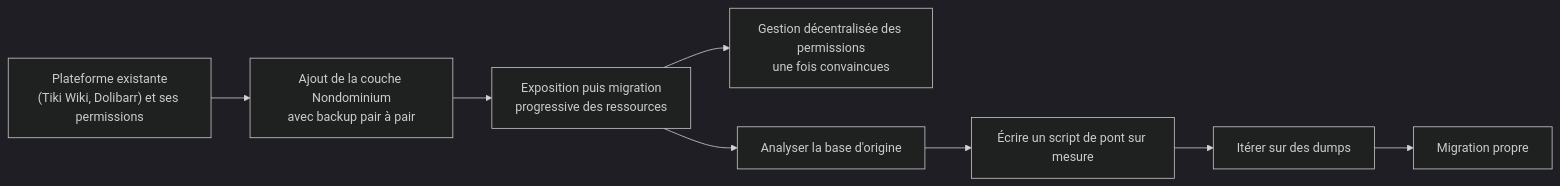
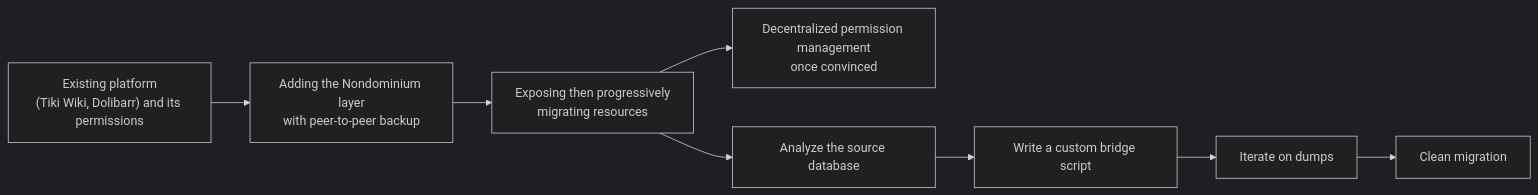
The third of 3 diagrams in content/meetings/2026-10-13-dev.md (Sensorica/nondominium-design-system), drawn with Mermaid (dark theme) before and after one commit. The commit also changed other lines of this file and 14 other files, not shown here.

````diff
--- a/content/meetings/2026-10-13-dev.md
+++ b/content/meetings/2026-10-13-dev.md
@@ -69,11 +70,11 @@
 ```mermaid
-%% caption: Migration progressive d'une organisation vers la couche Nondominium
+%% caption: Progressive migration of an organization to the Nondominium layer
 flowchart LR
-    P["Plateforme existante<br/>(Tiki Wiki, Dolibarr) et ses permissions"] --> C["Ajout de la couche Nondominium<br/>avec backup pair à pair"]
-    C --> X["Exposition puis migration<br/>progressive des ressources"]
-    X --> G["Gestion décentralisée des permissions<br/>une fois convaincues"]
-    X --> S1["Analyser la base d'origine"]
-    S1 --> S2["Écrire un script de pont sur mesure"]
-    S2 --> S3["Itérer sur des dumps"]
-    S3 --> S4["Migration propre"]
+    P["Existing platform<br/>(Tiki Wiki, Dolibarr) and its permissions"] --> C["Adding the Nondominium layer<br/>with peer-to-peer backup"]
+    C --> X["Exposing then progressively<br/>migrating resources"]
+    X --> G["Decentralized permission management<br/>once convinced"]
+    X --> S1["Analyze the source database"]
+    S1 --> S2["Write a custom bridge script"]
+    S2 --> S3["Iterate on dumps"]
+    S3 --> S4["Clean migration"]
 ```
````
